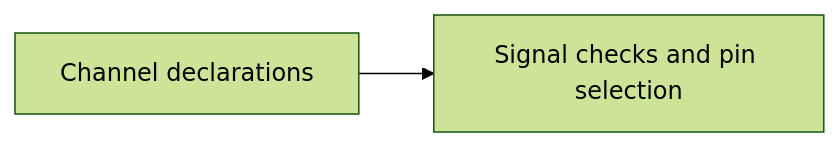
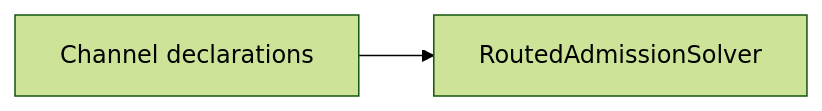
Before and after one commit to ShiboSoftwareDev/signal-integrity-pipeline: the first of 2 diagrams in README.md, drawn with Mermaid (forest theme). The commit also changed other lines of this file and 14 other files, not shown here.

First line of the commit message:
feat: add RoutedAdmissionSolver

````diff
--- a/README.md
+++ b/README.md
@@ -12,4 +13,4 @@
 ```mermaid
 flowchart LR
-  input["Channel declarations"] --> result["Signal checks and pin selection"]
+  input["Channel declarations"] --> result["RoutedAdmissionSolver"]
 ```
````
